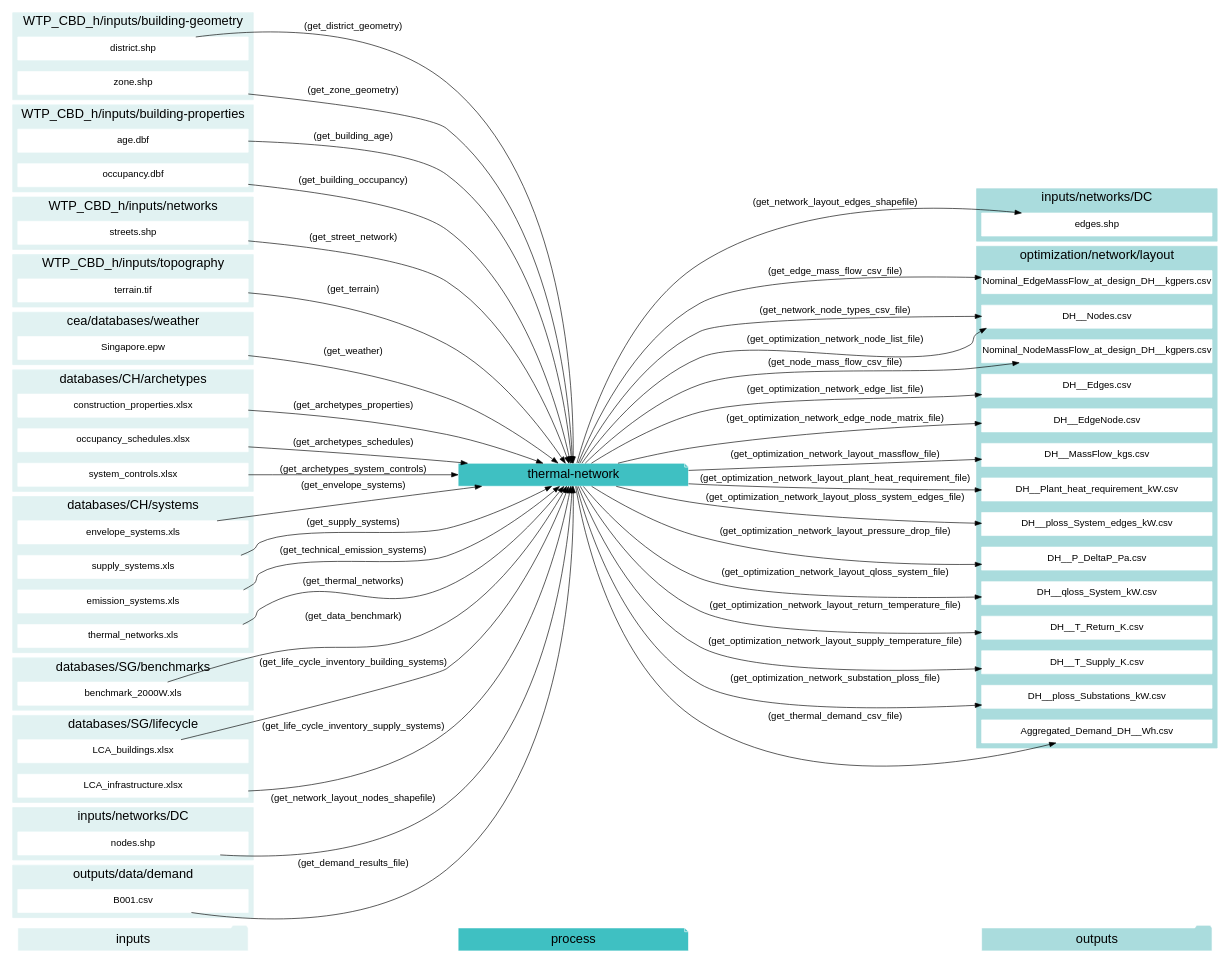
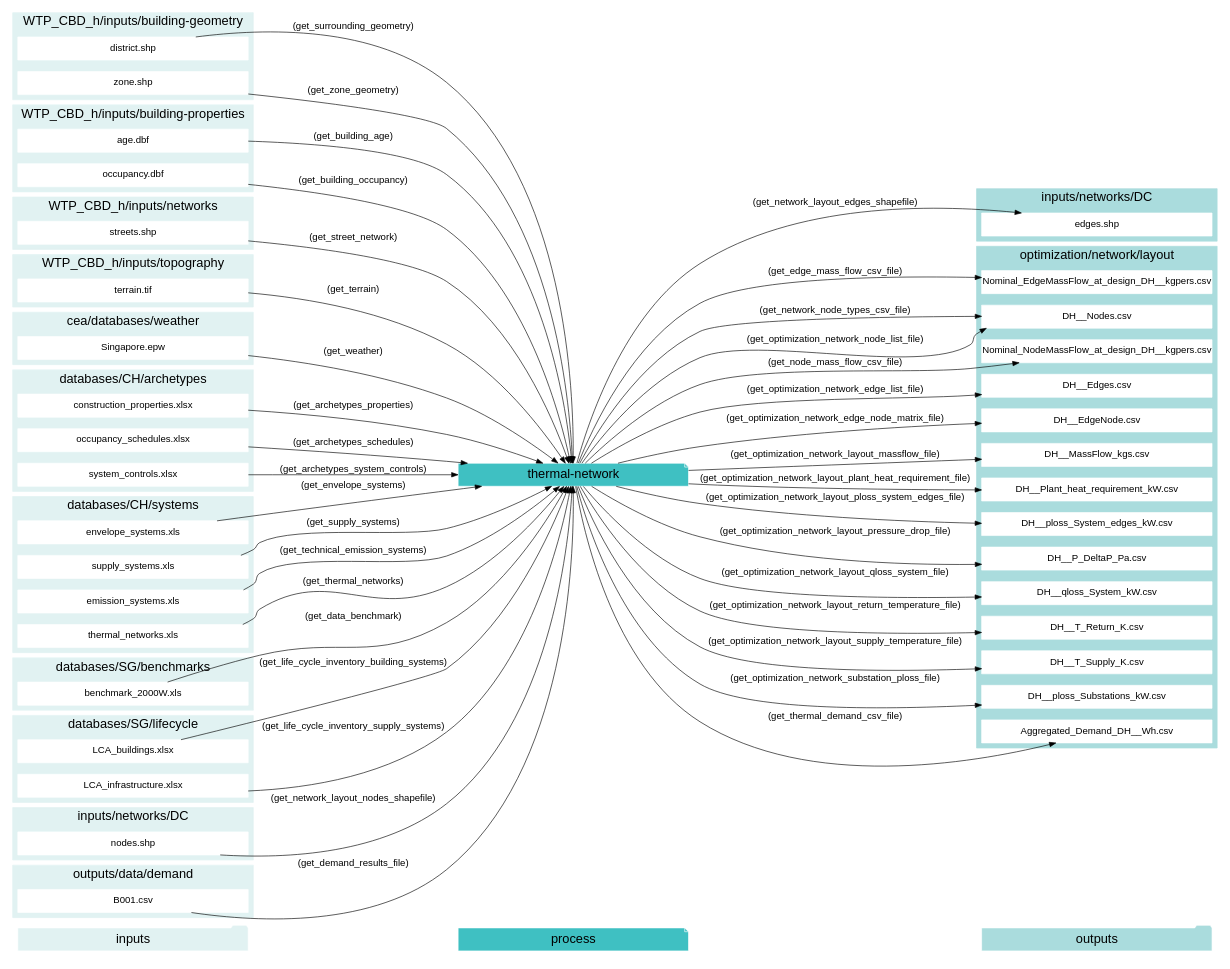
One commit to architecture-building-systems/CityEnergyAnalyst changed the seventh of 12 diagrams in docs/script-data-flow.rst. Above: the diagram before and after it, drawn with Graphviz. The commit also changed other lines of this file and 9 other files, not shown here.

```diff
--- a/docs/script-data-flow.rst
+++ b/docs/script-data-flow.rst
@@ -989,7 +989,7 @@
     "occupancy.dbf" -> "thermal-network"[label="(get_building_occupancy)"]
     "benchmark_2000W.xls" -> "thermal-network"[label="(get_data_benchmark)"]
     "B001.csv" -> "thermal-network"[label="(get_demand_results_file)"]
-    "district.shp" -> "thermal-network"[label="(get_district_geometry)"]
+    "district.shp" -> "thermal-network"[label="(get_surrounding_geometry)"]
     "envelope_systems.xls" -> "thermal-network"[label="(get_envelope_systems)"]
     "LCA_buildings.xlsx" -> "thermal-network"[label="(get_life_cycle_inventory_building_systems)"]
     "LCA_infrastructure.xlsx" -> "thermal-network"[label="(get_life_cycle_inventory_supply_systems)"]
```
